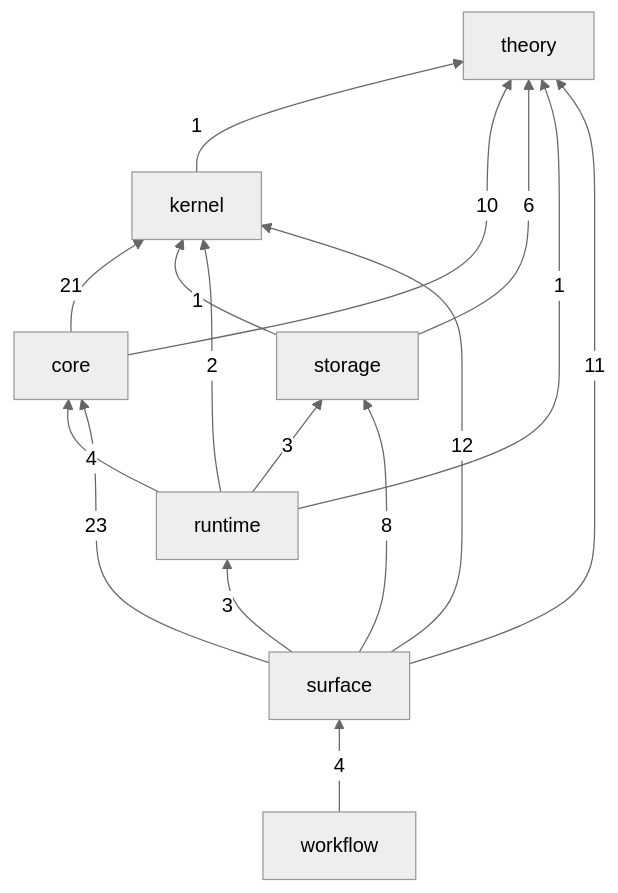
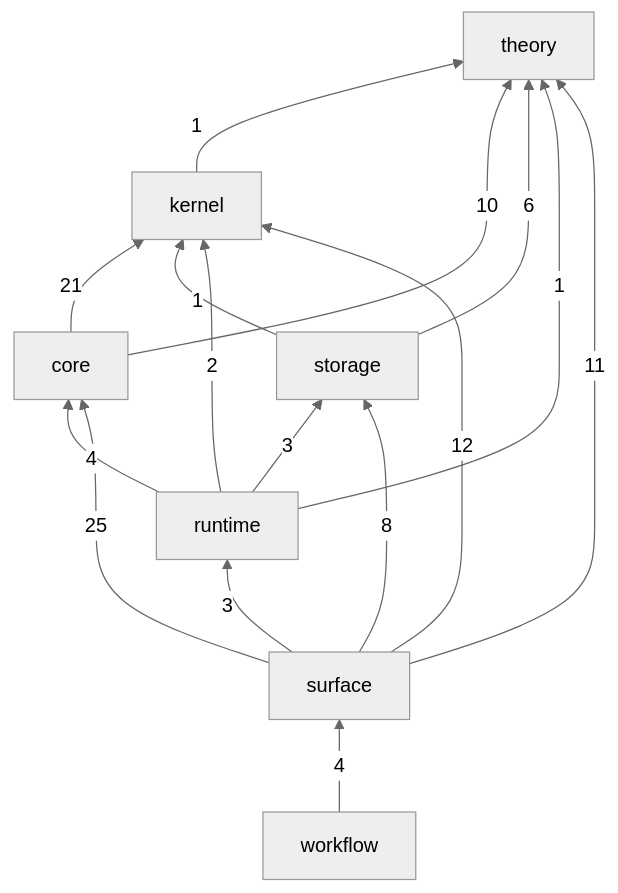
One commit to gandr-lang/gandr changed the first of 2 diagrams in crates/README.md. Above: the diagram before and after it, drawn with Mermaid (neutral theme). The commit also changed other lines of this file and 56 other files, not shown here.

````diff
--- a/crates/README.md
+++ b/crates/README.md
@@ -28,25 +28,25 @@
 ```mermaid
 flowchart BT
   theory
   kernel
   core
   storage
   runtime
   surface
   workflow
   kernel -->|1| theory
   core -->|10| theory
   core -->|21| kernel
   storage -->|6| theory
   storage -->|1| kernel
   runtime -->|1| theory
   runtime -->|2| kernel
   runtime -->|4| core
   runtime -->|3| storage
   surface -->|11| theory
   surface -->|12| kernel
-  surface -->|23| core
+  surface -->|25| core
   surface -->|8| storage
   surface -->|3| runtime
   workflow -->|4| surface
 ```
````
